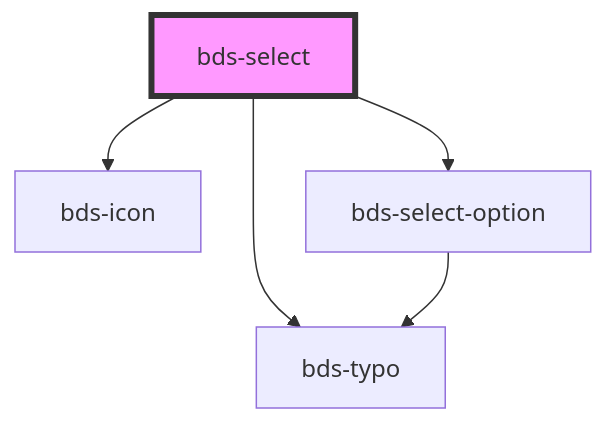
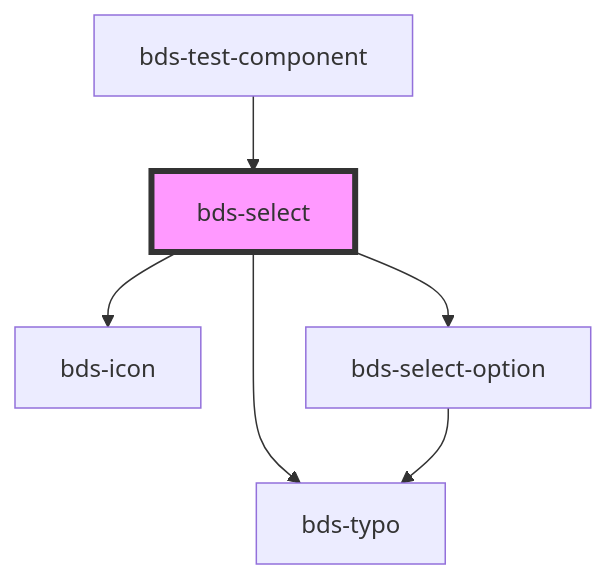
One commit to takenet/blip-ds changed the diagram in src/components/selects/select/readme.md. Above: the diagram before and after it, drawn with Mermaid. The commit also changed other lines of this file and 73 other files, not shown here.

````diff
--- a/src/components/selects/select/readme.md
+++ b/src/components/selects/select/readme.md
@@ -52,8 +56,9 @@
 ```mermaid
 graph TD;
   bds-select --> bds-icon
   bds-select --> bds-typo
   bds-select --> bds-select-option
   bds-select-option --> bds-typo
+  bds-test-component --> bds-select
   style bds-select fill:#f9f,stroke:#333,stroke-width:4px
 ```
````
